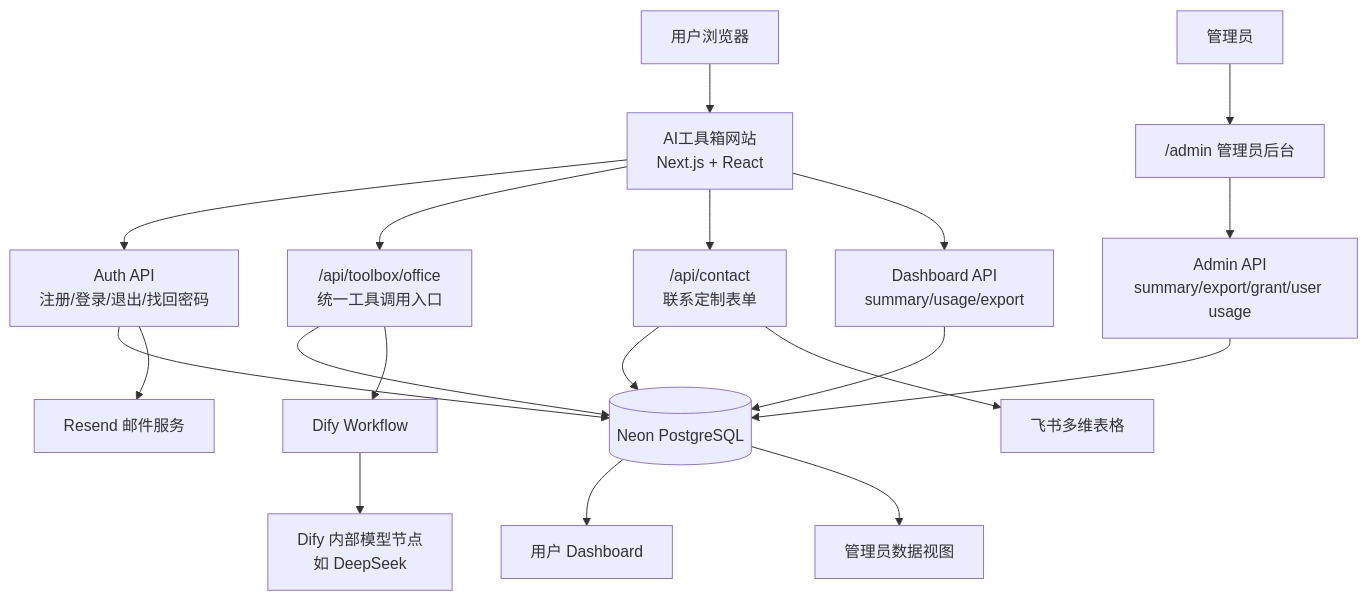
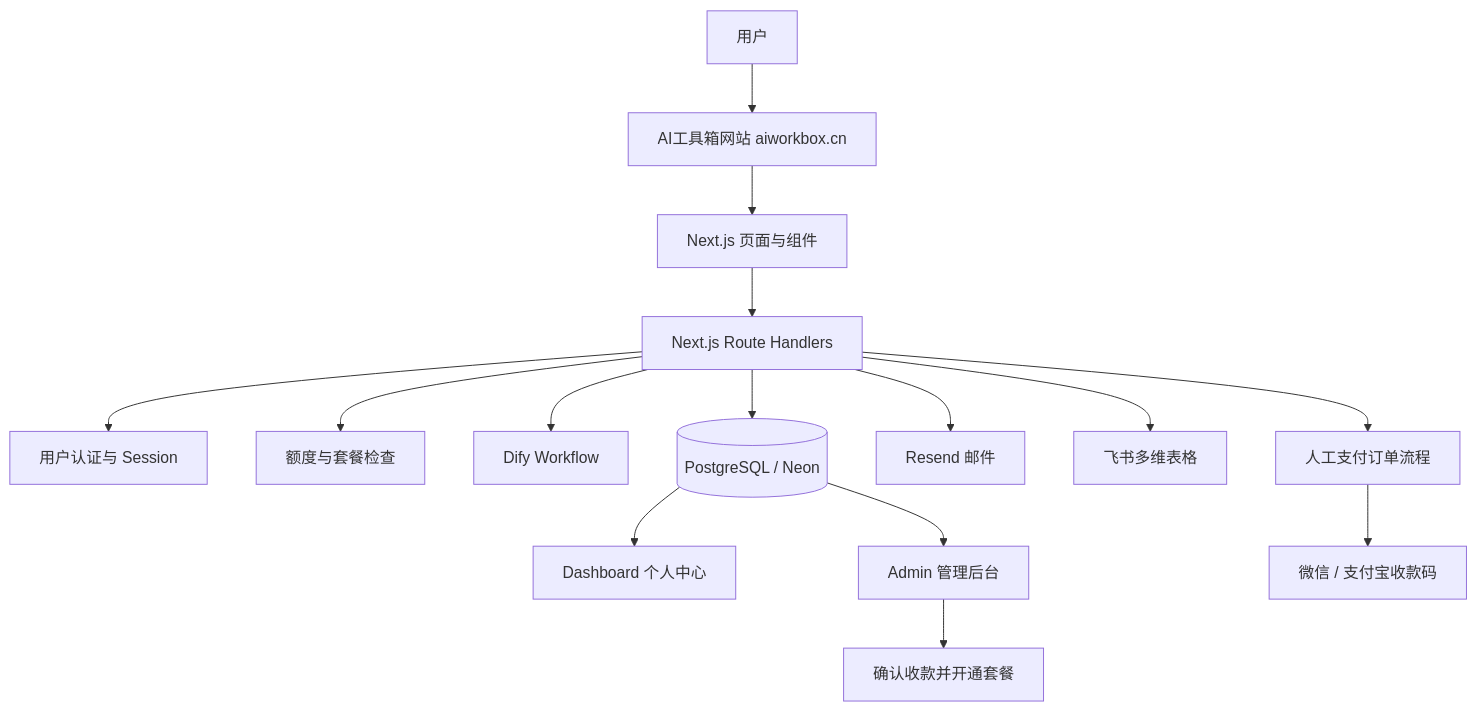
One commit to yan073747/ai-office-toolbox changed the first of 11 diagrams in docs/AI工具箱V2.0完整技术文档.md. Above: the diagram before and after it, drawn with Mermaid. The commit also changed other lines of this file, not shown here.

````diff
--- a/docs/AI工具箱V2.0完整技术文档.md
+++ b/docs/AI工具箱V2.0完整技术文档.md
@@ -219,25 +226,17 @@
 ```mermaid
 graph TD
-  User["用户浏览器"] --> Web["AI工具箱网站<br/>Next.js + React"]
-  AdminUser["管理员"] --> AdminPage["/admin 管理员后台"]
-
-  Web --> AuthAPI["Auth API<br/>注册/登录/退出/找回密码"]
-  Web --> ToolAPI["/api/toolbox/office<br/>统一工具调用入口"]
-  Web --> ContactAPI["/api/contact<br/>联系定制表单"]
-  Web --> DashboardAPI["Dashboard API<br/>summary/usage/export"]
-  AdminPage --> AdminAPI["Admin API<br/>summary/export/grant/user usage"]
-
-  AuthAPI --> DB[(Neon PostgreSQL)]
-  ToolAPI --> DB
-  ContactAPI --> DB
-  DashboardAPI --> DB
-  AdminAPI --> DB
-
-  ToolAPI --> Dify["Dify Workflow"]
-  Dify --> Model["Dify 内部模型节点<br/>如 DeepSeek"]
-  AuthAPI --> Resend["Resend 邮件服务"]
-  ContactAPI --> Feishu["飞书多维表格"]
-
-  DB --> DashboardPage["用户 Dashboard"]
-  DB --> AdminData["管理员数据视图"]
+  User["用户"] --> Web["AI工具箱网站 aiworkbox.cn"]
+  Web --> Page["Next.js 页面与组件"]
+  Page --> API["Next.js Route Handlers"]
+  API --> Auth["用户认证与 Session"]
+  API --> Quota["额度与套餐检查"]
+  API --> Dify["Dify Workflow"]
+  API --> DB[("PostgreSQL / Neon")]
+  API --> Resend["Resend 邮件"]
+  API --> Feishu["飞书多维表格"]
+  API --> Payment["人工支付订单流程"]
+  DB --> Dashboard["Dashboard 个人中心"]
+  DB --> Admin["Admin 管理后台"]
+  Payment --> QR["微信 / 支付宝收款码"]
+  Admin --> Grant["确认收款并开通套餐"]
 ```
````
